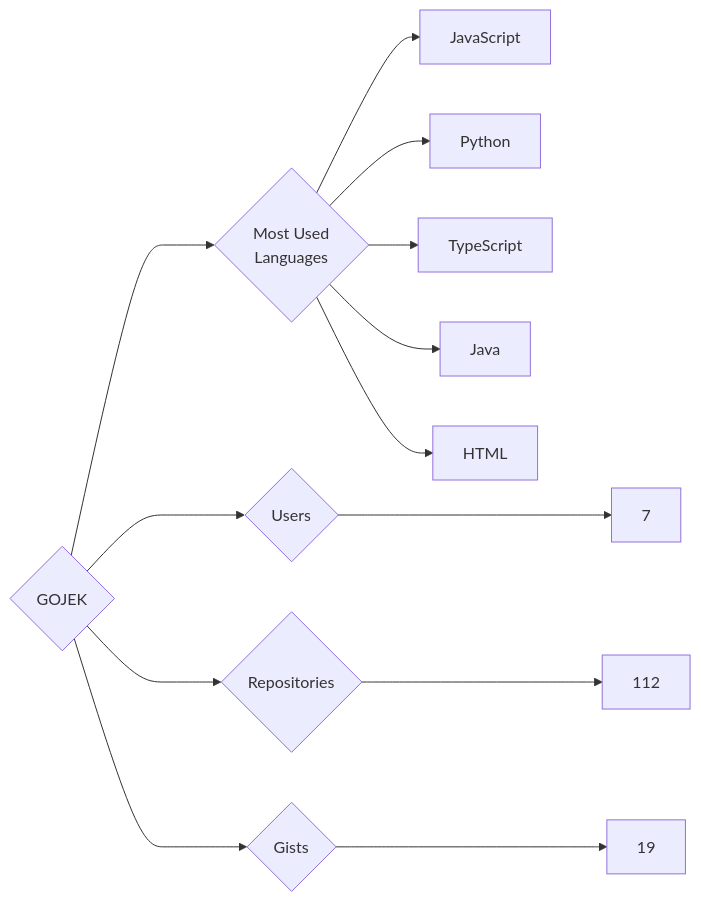
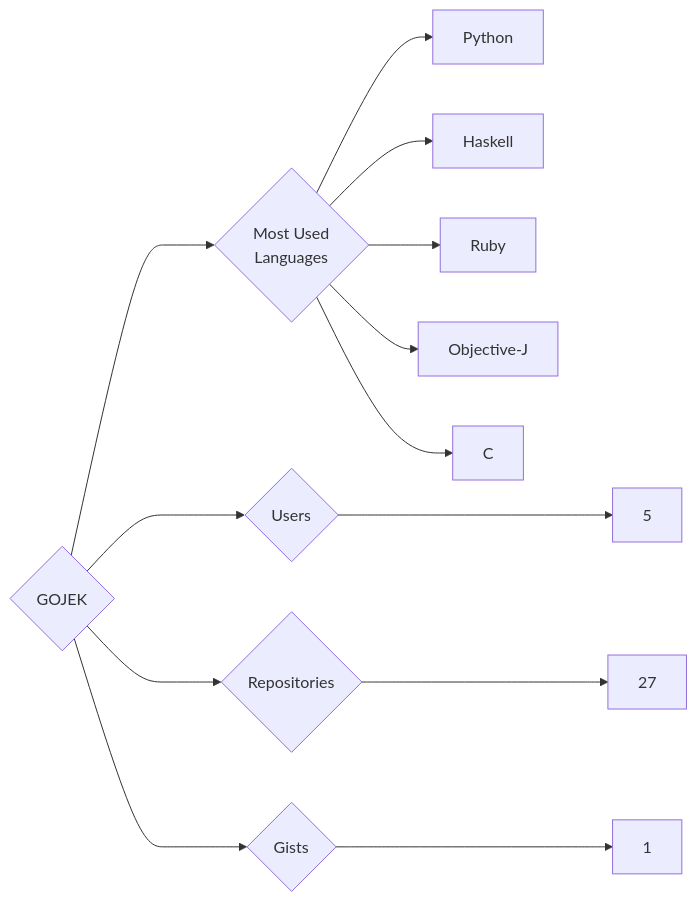
Before and after one commit to trickest/insiders: the diagram in targets/GOJEK/README.md, drawn with Mermaid. The commit also changed 1167 other files, not shown here.

````diff
--- a/targets/GOJEK/README.md
+++ b/targets/GOJEK/README.md
@@ -3,13 +3,13 @@
 ```mermaid
 graph LR
 COMPANY_NAME{GOJEK}
-COMPANY_NAME ---> U{Users} ---> UN[7]
-COMPANY_NAME ---> R{Repositories} ---> RN[112]
-COMPANY_NAME ---> G{Gists} ---> GN[19]
+COMPANY_NAME ---> U{Users} ---> UN[5]
+COMPANY_NAME ---> R{Repositories} ---> RN[27]
+COMPANY_NAME ---> G{Gists} ---> GN[1]
 COMPANY_NAME ---> ML{Most Used<br>Languages}
-ML --> JavaScript[JavaScript]
 ML --> Python[Python]
-ML --> TypeScript[TypeScript]
-ML --> Java[Java]
-ML --> HTML[HTML]
+ML --> Haskell[Haskell]
+ML --> Ruby[Ruby]
+ML --> Objective-J[Objective-J]
+ML --> C[C]
 ```
````
